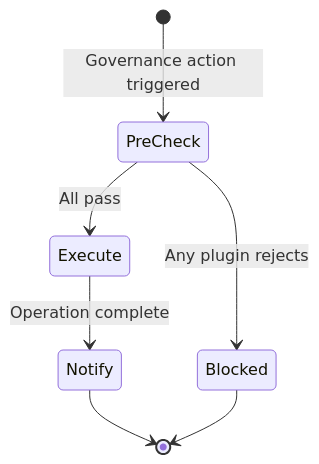
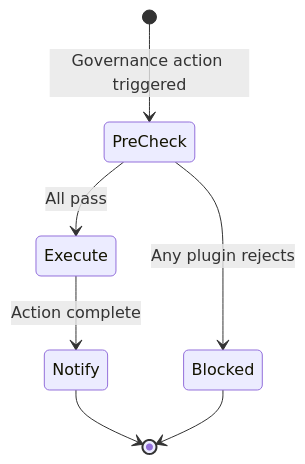
Before and after one commit to linaproai/linapro-site: the third of 3 diagrams in apps/lina-site/i18n/en/docusaurus-plugin-content-docs/current/docs/3000-domain-capabilities/8100-plugins.md, drawn with Mermaid. The commit also changed other lines of this file and 56 other files, not shown here.

Commit message:
Refactor documentation for tenant and user capabilities; enhance clarity and consistency in descriptions, method names, and usage examples. Update overview and architecture sections for improved readability and coherence. Adjust demo instructions and project positioning for better user guidance.

````diff
--- a/apps/lina-site/i18n/en/docusaurus-plugin-content-docs/current/docs/3000-domain-capabilities/8100-plugins.md
+++ b/apps/lina-site/i18n/en/docusaurus-plugin-content-docs/current/docs/3000-domain-capabilities/8100-plugins.md
@@ -102,9 +108,9 @@
 ```mermaid
 stateDiagram-v2
     [*] --> PreCheck: Governance action triggered
     PreCheck --> Blocked: Any plugin rejects
     PreCheck --> Execute: All pass
-    Execute --> Notify: Operation complete
+    Execute --> Notify: Action complete
     Notify --> [*]
     Blocked --> [*]
 ```
````
